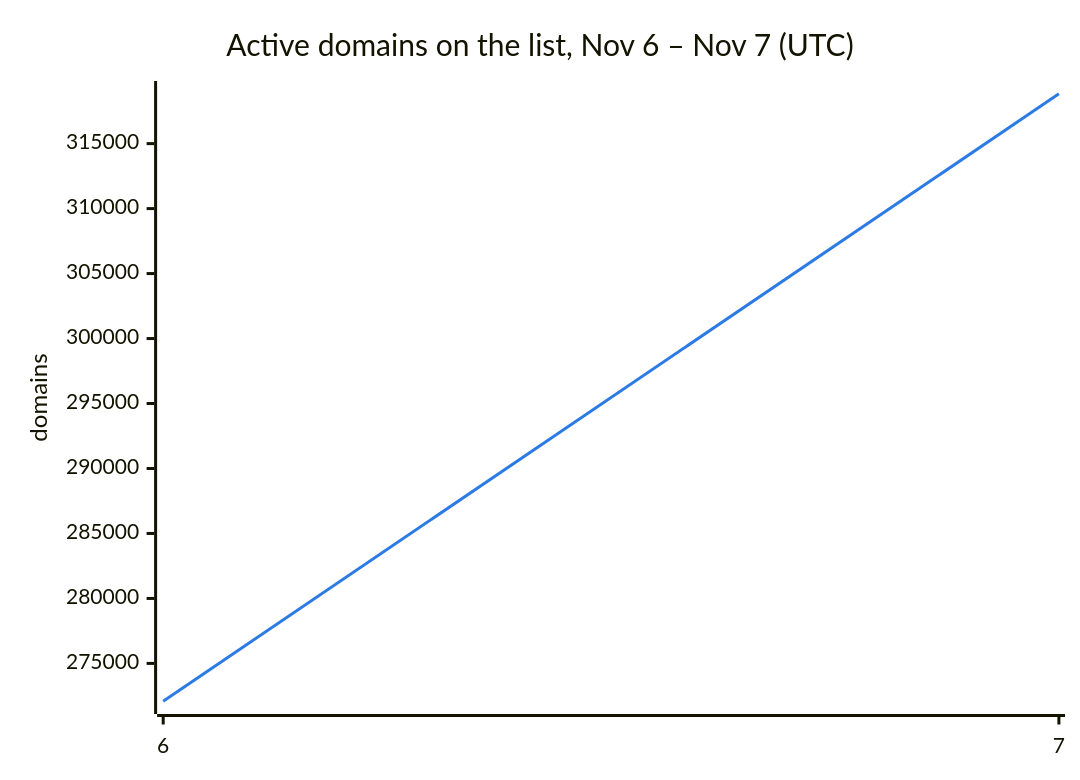
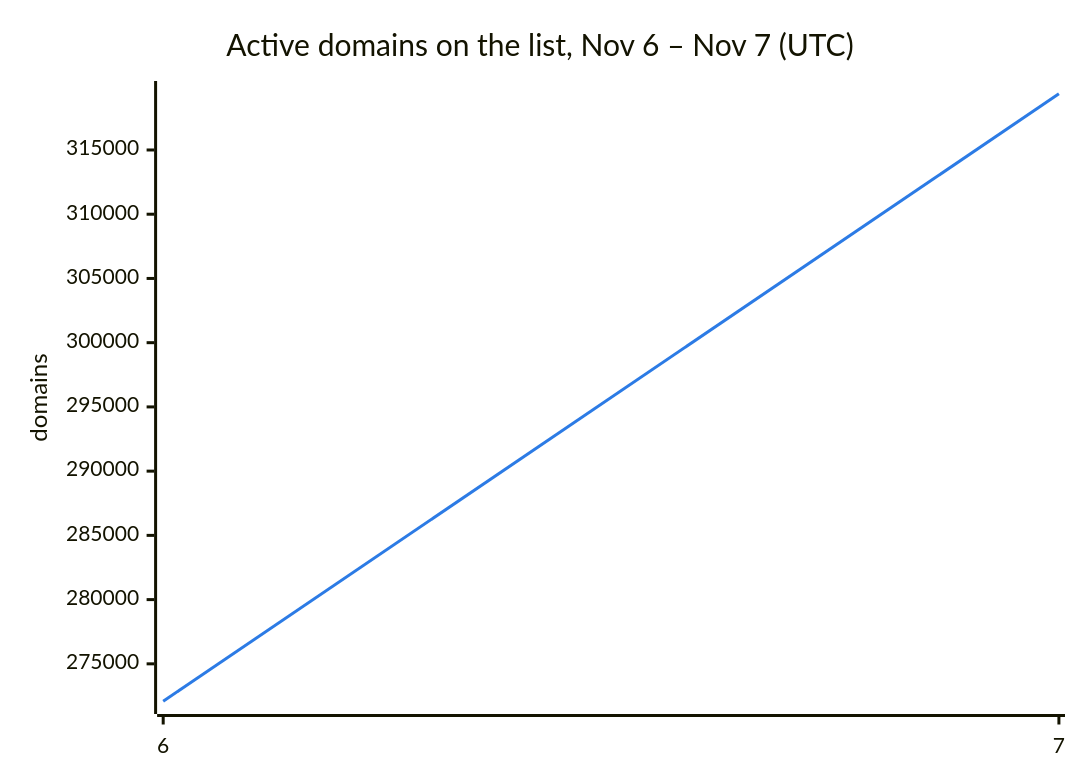
One commit to DNSBunker/CTI changed the second of 3 diagrams in README.md. Above: the diagram before and after it, drawn with Mermaid. The commit also changed other lines of this file and 3 other files, not shown here.

````diff
--- a/README.md
+++ b/README.md
@@ -38,8 +38,8 @@
 ```mermaid
 %%{init: {"themeVariables": {"xyChart": {"plotColorPalette": "#2c7be5"}}}}%%
 xychart-beta
     title "Active domains on the list, Nov 6 – Nov 7 (UTC)"
     x-axis ["6", "7"]
     y-axis "domains"
-    line [272088, 318838]
+    line [272088, 319377]
 ```
````
